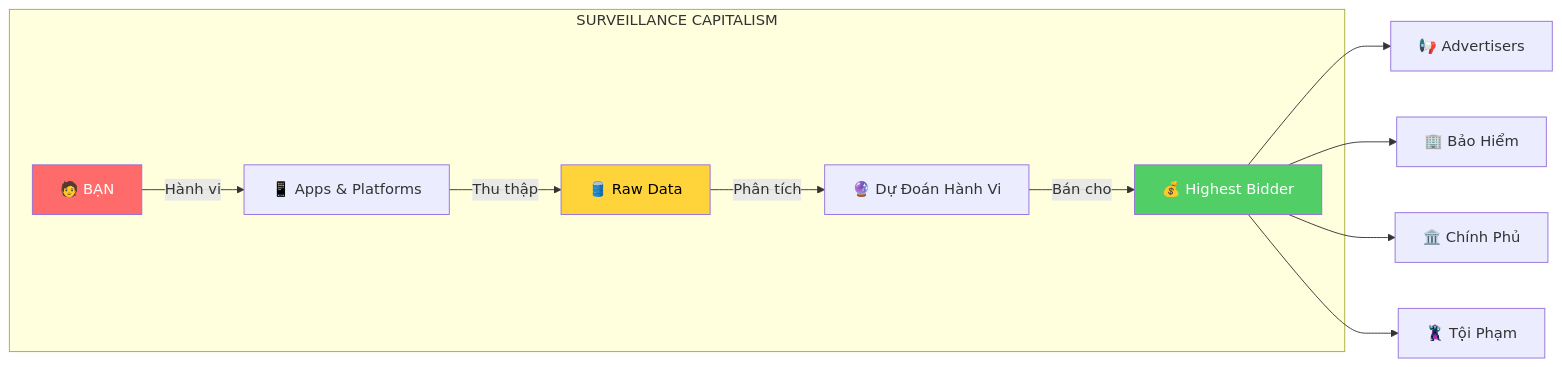
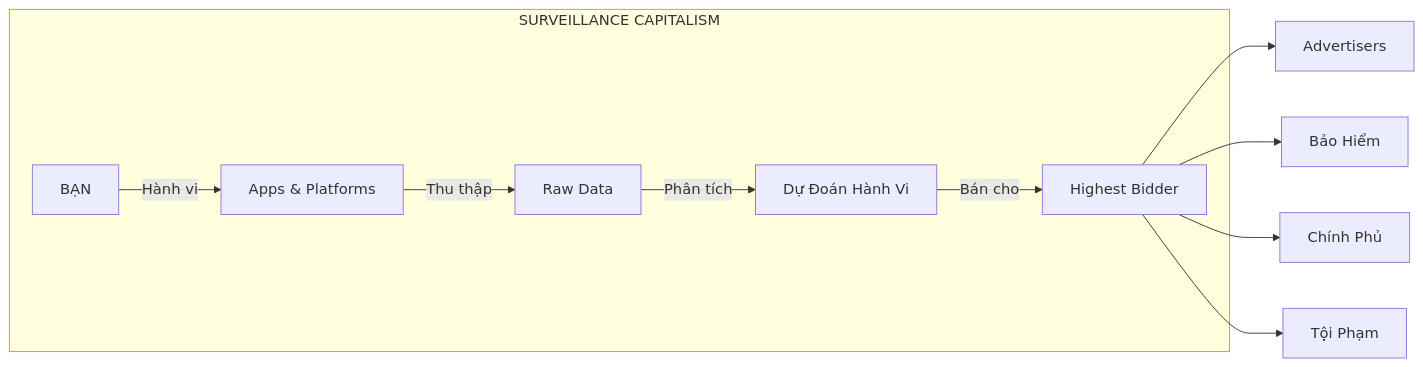
Before and after one commit to dyukahi/knowledge: the second of 4 diagrams in mental-models/Privacy Is The New Wealth.md, drawn with Mermaid. The commit also changed other lines of this file, not shown here.

Commit message:
Fix: Remove colors and emojis from mermaid diagrams

````diff
--- a/mental-models/Privacy Is The New Wealth.md
+++ b/mental-models/Privacy Is The New Wealth.md
@@ -64,18 +59,14 @@
 ```mermaid
 flowchart LR
     subgraph "SURVEILLANCE CAPITALISM"
-        A[🧑 BẠN] -->|Hành vi| B[📱 Apps & Platforms]
-        B -->|Thu thập| C[🛢️ Raw Data]
-        C -->|Phân tích| D[🔮 Dự Đoán Hành Vi]
-        D -->|Bán cho| E[💰 Highest Bidder]
+        A[BẠN] -->|Hành vi| B[Apps & Platforms]
+        B -->|Thu thập| C[Raw Data]
+        C -->|Phân tích| D[Dự Đoán Hành Vi]
+        D -->|Bán cho| E[Highest Bidder]
     end
     
-    E --> F[📢 Advertisers]
-    E --> G[🏢 Bảo Hiểm]
-    E --> H[🏛️ Chính Phủ]
-    E --> I[🦹 Tội Phạm]
-    
-    style A fill:#ff6b6b,color:#fff
-    style C fill:#ffd43b,color:#000
-    style E fill:#51cf66,color:#fff
+    E --> F[Advertisers]
+    E --> G[Bảo Hiểm]
+    E --> H[Chính Phủ]
+    E --> I[Tội Phạm]
 ```
````
